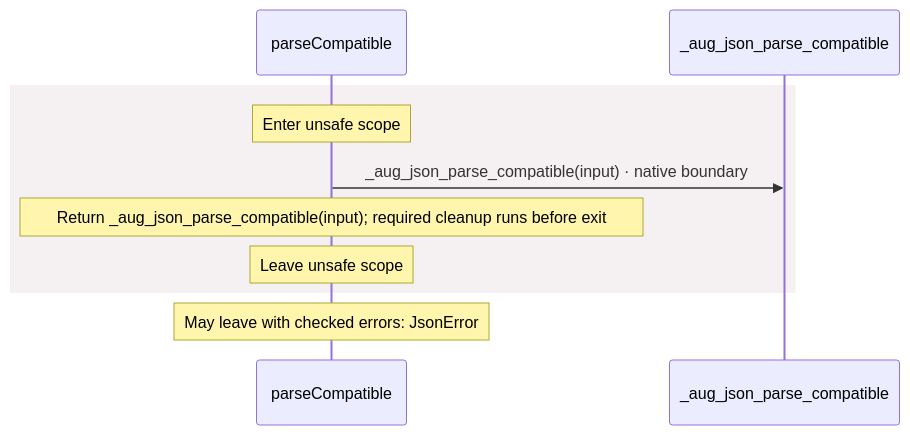
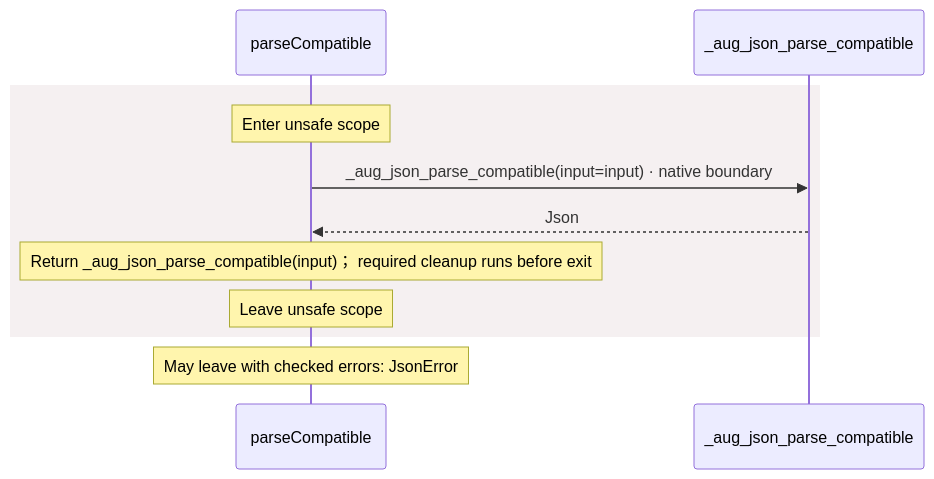
One commit to GreenPandaStudios/augscript changed the third of 3 diagrams in src/stdlib/json/contracts.aug.diagrams.md. Above: the diagram before and after it, drawn with Mermaid. The commit also changed other lines of this file and 524 other files, not shown here.

Commit message:
Explain checked data flow at folder and service levels

````diff
--- a/src/stdlib/json/contracts.aug.diagrams.md
+++ b/src/stdlib/json/contracts.aug.diagrams.md
@@ -80,12 +69,13 @@
 ```mermaid
 sequenceDiagram
     participant p0 as parseCompatible
     participant p1 as _aug_json_parse_compatible
     rect rgb(245, 240, 241)
     Note over p0: Enter unsafe scope
-    p0->>p1: _aug_json_parse_compatible(input) · native boundary
-    Note over p0: Return _aug_json_parse_compatible(input)#59; required cleanup runs before exit
+    p0->>p1: _aug_json_parse_compatible(input=input) · native boundary
+    p1-->>p0: Json
+    Note over p0: Return _aug_json_parse_compatible(input)； required cleanup runs before exit
     Note over p0: Leave unsafe scope
     end
     Note over p0: May leave with checked errors: JsonError
 ```
````
